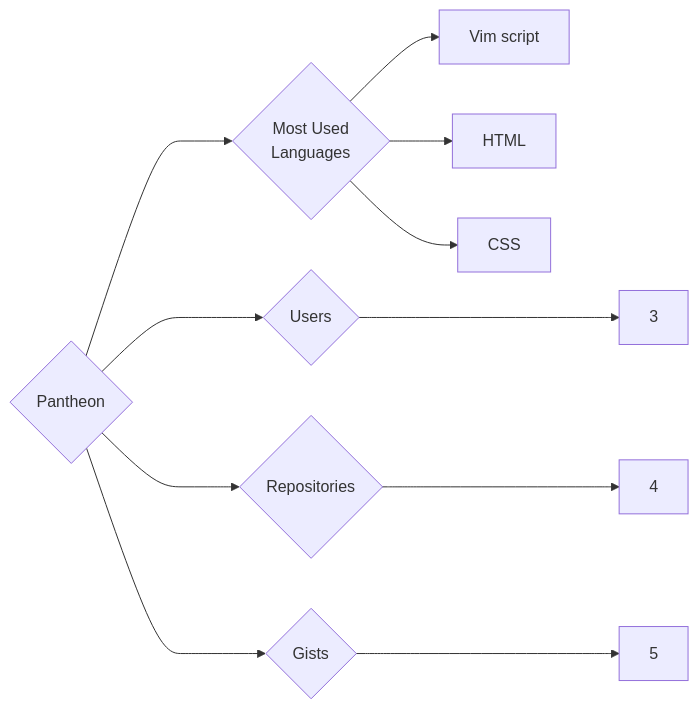
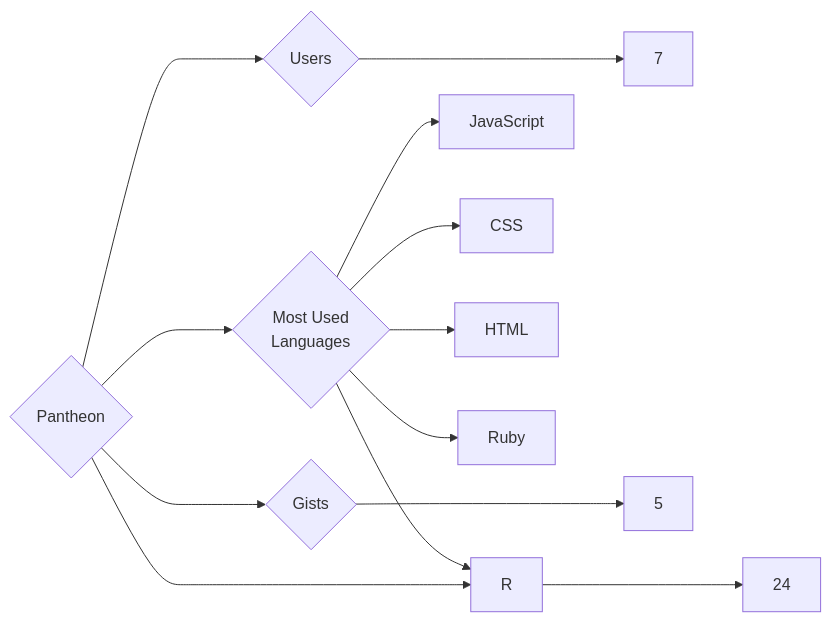
The diagram in targets/Pantheon/README.md (trickest/insiders), drawn with Mermaid before and after one commit. The commit also changed 770 other files, not shown here.

````diff
--- a/targets/Pantheon/README.md
+++ b/targets/Pantheon/README.md
@@ -3,11 +3,13 @@
 ```mermaid
 graph LR
 COMPANY_NAME{Pantheon}
-COMPANY_NAME ---> U{Users} ---> UN[3]
-COMPANY_NAME ---> R{Repositories} ---> RN[4]
+COMPANY_NAME ---> U{Users} ---> UN[7]
+COMPANY_NAME ---> R{Repositories} ---> RN[24]
 COMPANY_NAME ---> G{Gists} ---> GN[5]
 COMPANY_NAME ---> ML{Most Used<br>Languages}
-ML --> Vim_script[Vim script]
+ML --> JavaScript[JavaScript]
+ML --> CSS[CSS]
 ML --> HTML[HTML]
-ML --> CSS[CSS]
+ML --> Ruby[Ruby]
+ML --> R[R]
 ```
````
